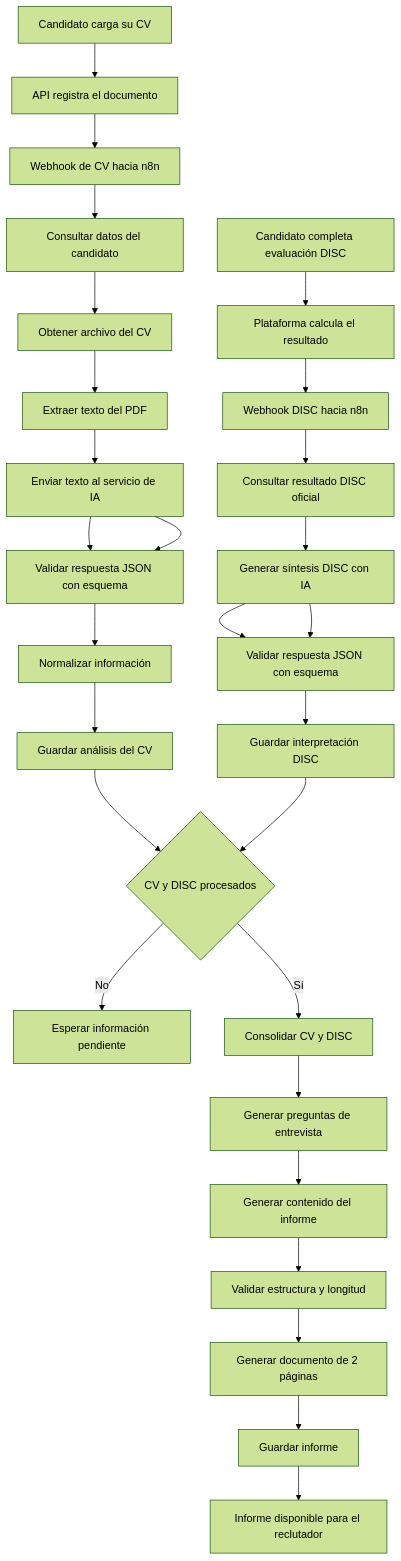
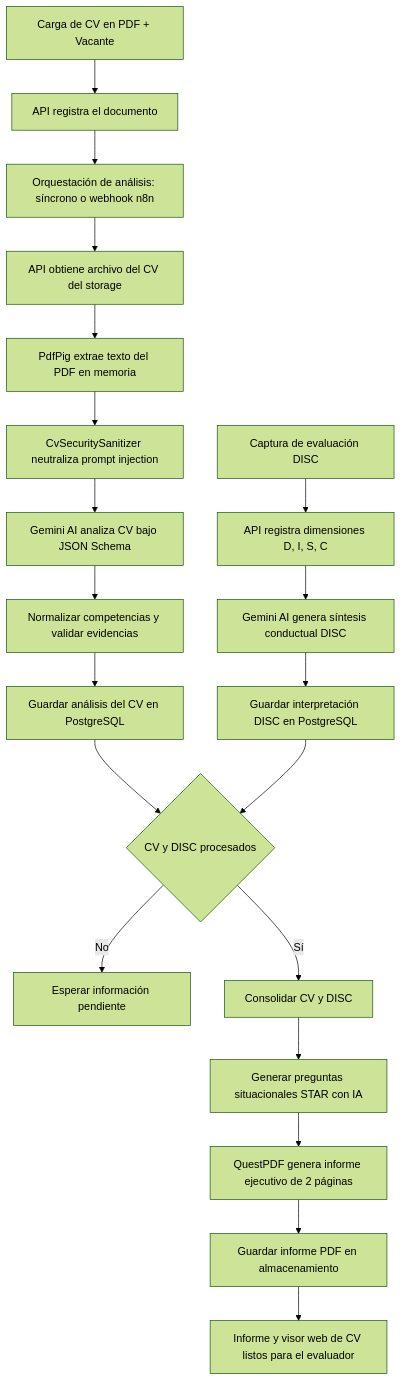
One commit to JspaNexo/azure-ats changed the third of 5 diagrams in docs/sdd.md. Above: the diagram before and after it, drawn with Mermaid (forest theme). The commit also changed other lines of this file and 2 other files, not shown here.

Commit message:
refactor(seed-data): reorganize and format seed data for clarity and consistency

````diff
--- a/docs/sdd.md
+++ b/docs/sdd.md
@@ -215,35 +206,27 @@
 ```mermaid
 flowchart TD
-    A[Candidato carga su CV] --> B[API registra el documento]
-    B --> C[Webhook de CV hacia n8n]
+    A[Carga de CV en PDF + Vacante] --> B[API registra el documento]
+    B --> C[Orquestación de análisis: síncrono o webhook n8n]
 
-    C --> D[Consultar datos del candidato]
-    D --> E[Obtener archivo del CV]
-    E --> F[Extraer texto del PDF]
-    F --> G[Enviar texto al servicio de IA]
-    G --> H[Validar respuesta JSON]
-    G --> H[Validar respuesta JSON con esquema]
-    H --> I[Normalizar información]
-    I --> J[Guardar análisis del CV]
+    C --> D[API obtiene archivo del CV del storage]
+    D --> E[PdfPig extrae texto del PDF en memoria]
+    E --> F[CvSecuritySanitizer neutraliza prompt injection]
+    F --> G[Gemini AI analiza CV bajo JSON Schema]
+    G --> H[Normalizar competencias y validar evidencias]
+    H --> I[Guardar análisis del CV en PostgreSQL]
 
-    K[Candidato completa evaluación DISC] --> L[Plataforma calcula el resultado]
-    L --> M[Webhook DISC hacia n8n]
-    M --> N[Consultar resultado DISC oficial]
-    N --> O[Generar síntesis DISC con IA]
-    O --> P[Validar respuesta JSON]
-    O --> P[Validar respuesta JSON con esquema]
-    P --> Q[Guardar interpretación DISC]
+    J[Captura de evaluación DISC] --> K[API registra dimensiones D, I, S, C]
+    K --> L[Gemini AI genera síntesis conductual DISC]
+    L --> M[Guardar interpretación DISC en PostgreSQL]
 
-    J --> R{CV y DISC procesados}
-    Q --> R
+    I --> N{CV y DISC procesados}
+    M --> N
 
-    R -->|No| S[Esperar información pendiente]
-    R -->|Sí| T[Consolidar CV y DISC]
+    N -->|No| O[Esperar información pendiente]
+    N -->|Sí| P[Consolidar CV y DISC]
 
-    T --> U[Generar preguntas de entrevista]
-    U --> V[Generar contenido del informe]
-    V --> W[Validar estructura y longitud]
-    W --> X[Generar documento de 2 páginas]
-    X --> Y[Guardar informe]
-    Y --> Z[Informe disponible para el reclutador]
+    P --> Q[Generar preguntas situacionales STAR con IA]
+    Q --> R[QuestPDF genera informe ejecutivo de 2 páginas]
+    R --> S[Guardar informe PDF en almacenamiento]
+    S --> T[Informe y visor web de CV listos para el evaluador]
 ```
````
